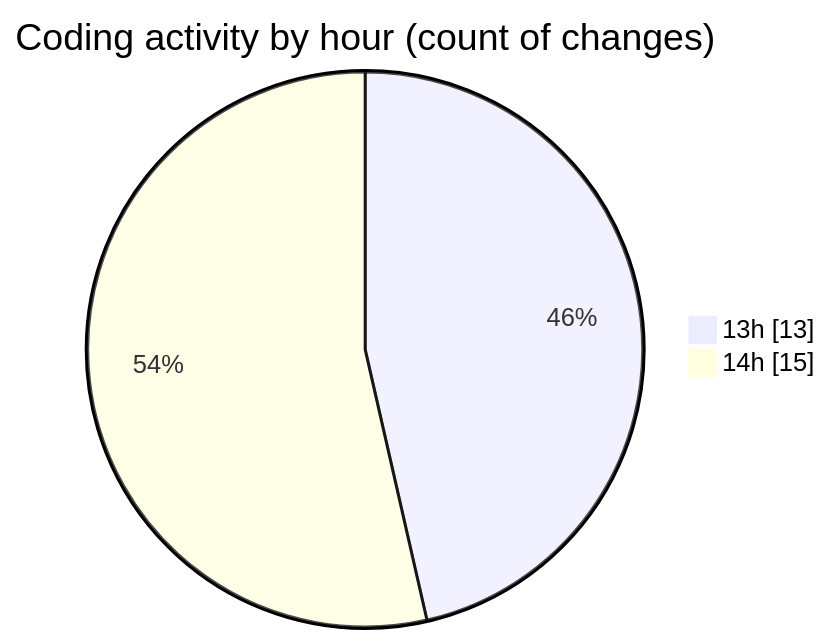
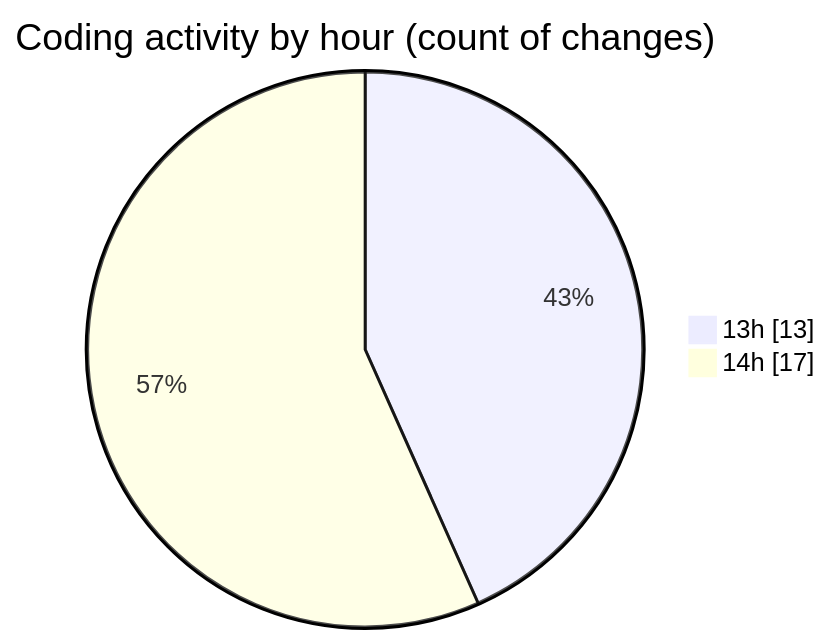
One commit to nxtqubesakshisongat/code-tracking changed the second of 2 diagrams in 2025-06-05/nxtqube_webapp/README.md. Above: the diagram before and after it, drawn with Mermaid. The commit also changed other lines of this file and 1 other file, not shown here.

````diff
--- a/2025-06-05/nxtqube_webapp/README.md
+++ b/2025-06-05/nxtqube_webapp/README.md
@@ -29,6 +29,6 @@
 ```mermaid
 pie showData
 title Coding activity by hour (count of changes)
 "13h" : 13
-"14h" : 15
+"14h" : 17
 ```
````
